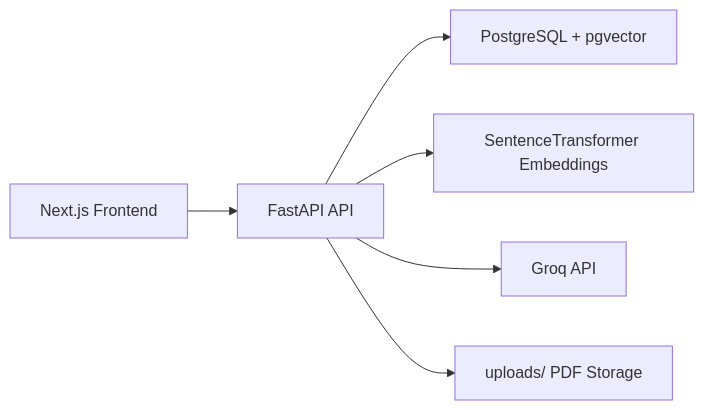
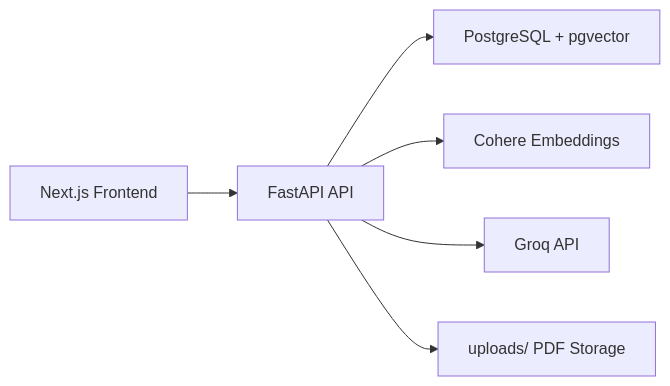
Before and after one commit to rj25031/RAG-Chatbot: the diagram in README.md, drawn with Mermaid. The commit also changed other lines of this file and 39 other files, not shown here.

````diff
--- a/README.md
+++ b/README.md
@@ -27,8 +27,8 @@
 ```mermaid
 flowchart LR
     A["Next.js Frontend"] --> B["FastAPI API"]
     B --> C["PostgreSQL + pgvector"]
-    B --> D["SentenceTransformer Embeddings"]
+    B --> D["Cohere Embeddings"]
     B --> E["Groq API"]
     B --> F["uploads/ PDF Storage"]
 ```
````
